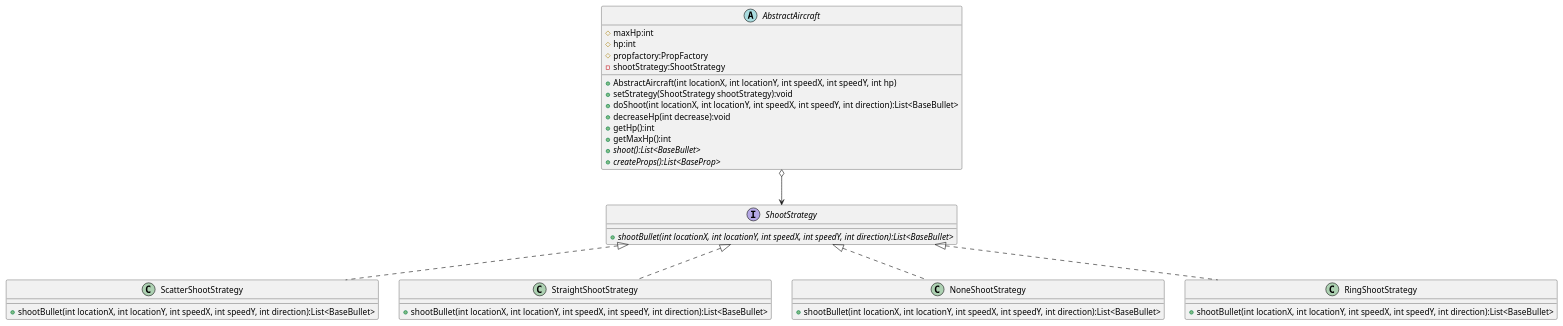
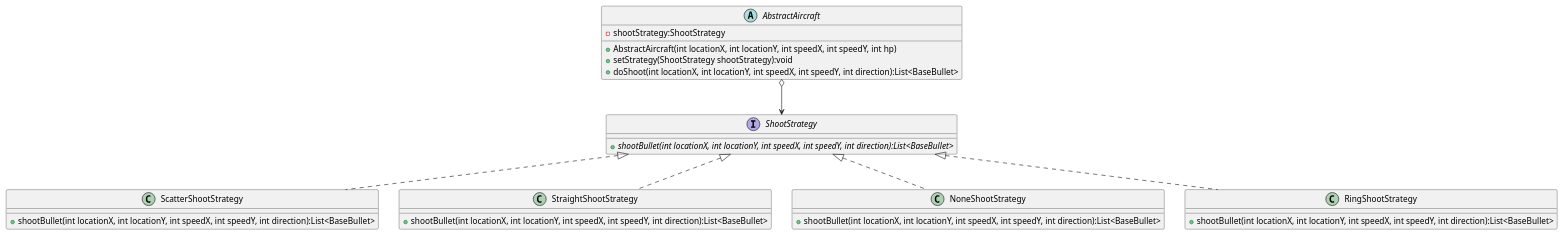
Before and after one commit to Culaccino00/AircraftWar: the diagram in uml/StrategyPattern.puml, drawn with PlantUML. The commit also changed 25 other files, not shown here.

```diff
--- a/uml/StrategyPattern.puml
+++ b/uml/StrategyPattern.puml
@@ -1,44 +1,36 @@
 @startuml
 'https://plantuml.com/class-diagram
 
 interface ShootStrategy{
     + {abstract} shootBullet(int locationX, int locationY, int speedX, int speedY, int direction):List<BaseBullet>
 }
 
 class ScatterShootStrategy {
     + shootBullet(int locationX, int locationY, int speedX, int speedY, int direction):List<BaseBullet>
 }
 
 class StraightShootStrategy {
     + shootBullet(int locationX, int locationY, int speedX, int speedY, int direction):List<BaseBullet>
 }
 
 class NoneShootStrategy {
     + shootBullet(int locationX, int locationY, int speedX, int speedY, int direction):List<BaseBullet>
 }
 class RingShootStrategy{
     + shootBullet(int locationX, int locationY, int speedX, int speedY, int direction):List<BaseBullet>
 }
 
 abstract class AbstractAircraft
 {
-	# maxHp:int
-    # hp:int
-    # propfactory:PropFactory
     - shootStrategy:ShootStrategy
     + AbstractAircraft(int locationX, int locationY, int speedX, int speedY, int hp)
     + setStrategy(ShootStrategy shootStrategy):void
     + doShoot(int locationX, int locationY, int speedX, int speedY, int direction):List<BaseBullet>
-    + decreaseHp(int decrease):void
-    + getHp():int
-    + getMaxHp():int
-    + {abstract} shoot():List<BaseBullet>
-    + {abstract} createProps():List<BaseProp>
  }
 
 ShootStrategy <|.. ScatterShootStrategy
 ShootStrategy <|.. StraightShootStrategy
 ShootStrategy <|.. NoneShootStrategy
 ShootStrategy <|.. RingShootStrategy
 AbstractAircraft o--> ShootStrategy
 @enduml
```
